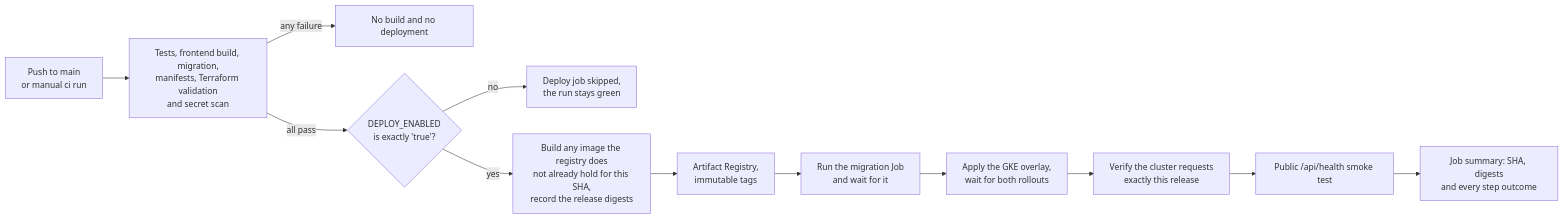
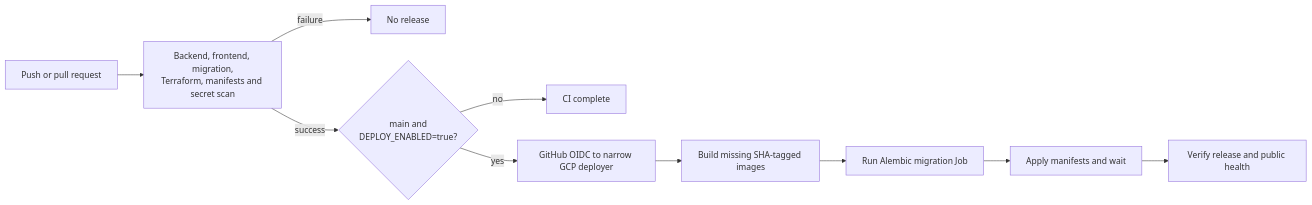
Before and after one commit to Gaurang140/agentcare: the diagram in docs/ci-cd.md, drawn with Mermaid. The commit also changed other lines of this file and 12 other files, not shown here.

````diff
--- a/docs/ci-cd.md
+++ b/docs/ci-cd.md
@@ -20,14 +16,12 @@
 ```mermaid
 flowchart LR
-    PUSH["Push to main<br/>or manual ci run"] --> CI["Tests, frontend build, migration,<br/>manifests, Terraform validation<br/>and secret scan"]
-    CI -->|"any failure"| STOP["No build and no deployment"]
-    CI -->|"all pass"| GATE{"DEPLOY_ENABLED<br/>is exactly 'true'?"}
-    GATE -->|"no"| SKIP["Deploy job skipped,<br/>the run stays green"]
-    GATE -->|"yes"| BUILD["Build any image the registry does<br/>not already hold for this SHA,<br/>record the release digests"]
-    BUILD --> GAR["Artifact Registry,<br/>immutable tags"]
-    GAR --> MIGRATE["Run the migration Job<br/>and wait for it"]
-    MIGRATE --> ROLL["Apply the GKE overlay,<br/>wait for both rollouts"]
-    ROLL --> VERIFY["Verify the cluster requests<br/>exactly this release"]
-    VERIFY --> HEALTH["Public /api/health smoke test"]
-    HEALTH --> SUM["Job summary: SHA, digests<br/>and every step outcome"]
+    PUSH["Push or pull request"] --> GATES["Backend, frontend, migration,<br/>Terraform, manifests and secret scan"]
+    GATES -->|"failure"| STOP["No release"]
+    GATES -->|"success"| MAIN{"main and<br/>DEPLOY_ENABLED=true?"}
+    MAIN -->|"no"| DONE["CI complete"]
+    MAIN -->|"yes"| OIDC["GitHub OIDC to narrow GCP deployer"]
+    OIDC --> BUILD["Build missing SHA-tagged images"]
+    BUILD --> MIGRATE["Run Alembic migration Job"]
+    MIGRATE --> ROLLOUT["Apply manifests and wait"]
+    ROLLOUT --> VERIFY["Verify release and public health"]
 ```
````
